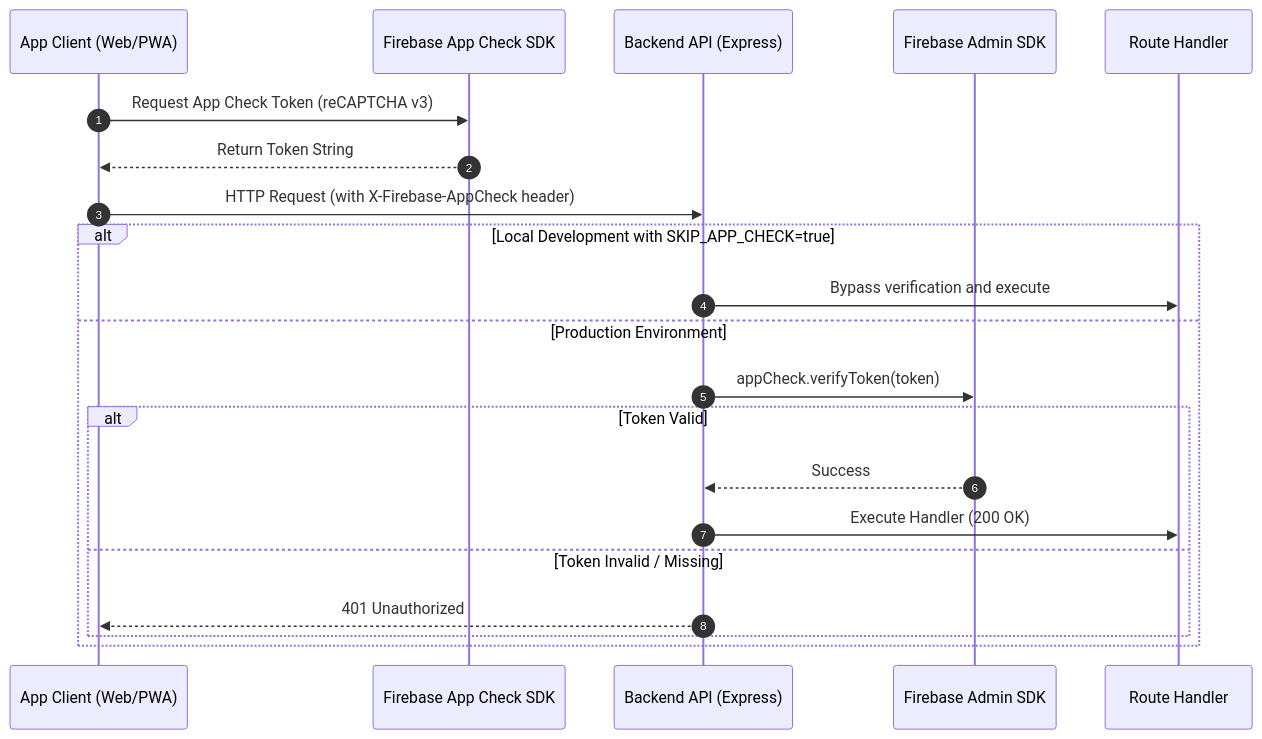
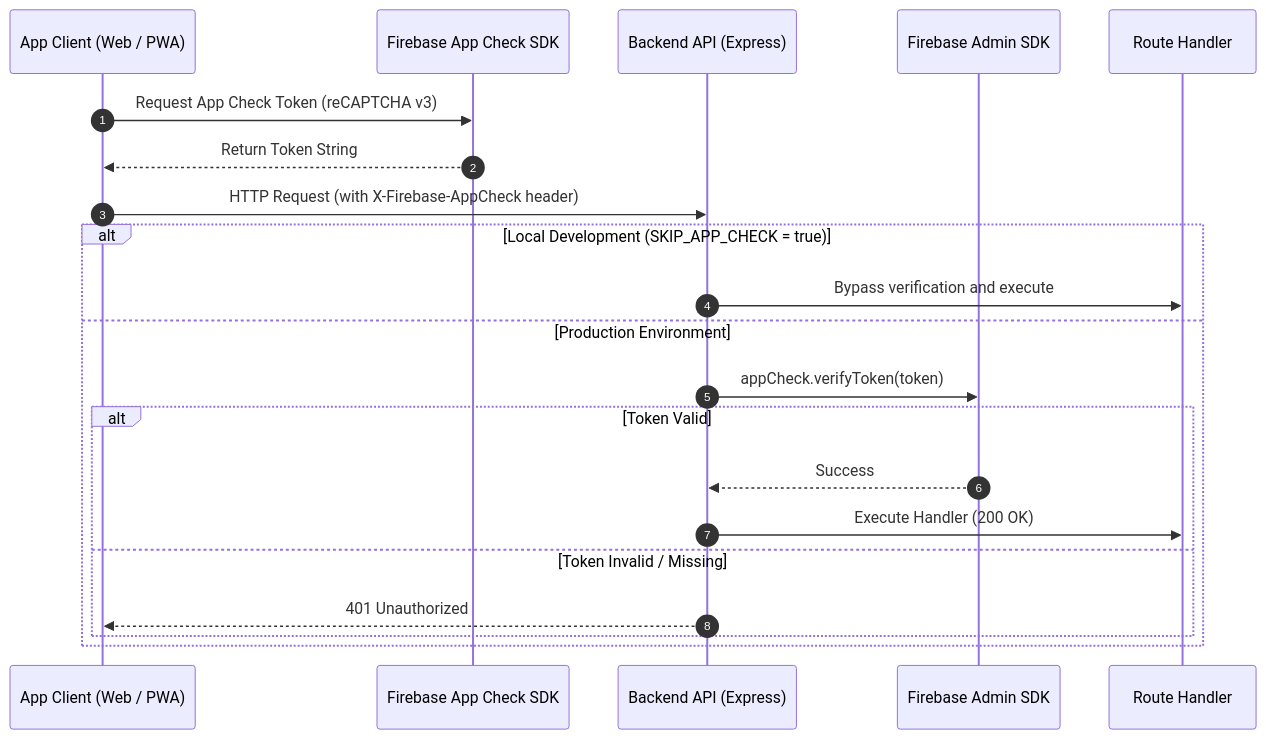
The diagram in docs/security-architecture.md (ScriptureHabit/scripture-habit), drawn with Mermaid before and after one commit. The commit also changed other lines of this file and 57 other files, not shown here.

Commit message:
docs: refine documentation prose and add structured diagram breakdowns across JA and EN

````diff
--- a/docs/security-architecture.md
+++ b/docs/security-architecture.md
@@ -27,25 +27,25 @@
 ```mermaid
 sequenceDiagram
     autonumber
-    participant Client as App Client (Web/PWA)
+    participant Client as App Client (Web / PWA)
     participant SDK as Firebase App Check SDK
     participant API as Backend API (Express)
     participant Admin as Firebase Admin SDK
     participant Handler as Route Handler
 
     Client->>SDK: Request App Check Token (reCAPTCHA v3)
     SDK-->>Client: Return Token String
     Client->>API: HTTP Request (with X-Firebase-AppCheck header)
     
-    alt Local Development with SKIP_APP_CHECK=true
+    alt Local Development (SKIP_APP_CHECK = true)
         API->>Handler: Bypass verification and execute
     else Production Environment
         API->>Admin: appCheck.verifyToken(token)
         alt Token Valid
             Admin-->>API: Success
             API->>Handler: Execute Handler (200 OK)
         else Token Invalid / Missing
             API-->>Client: 401 Unauthorized
         end
     end
 ```
````
